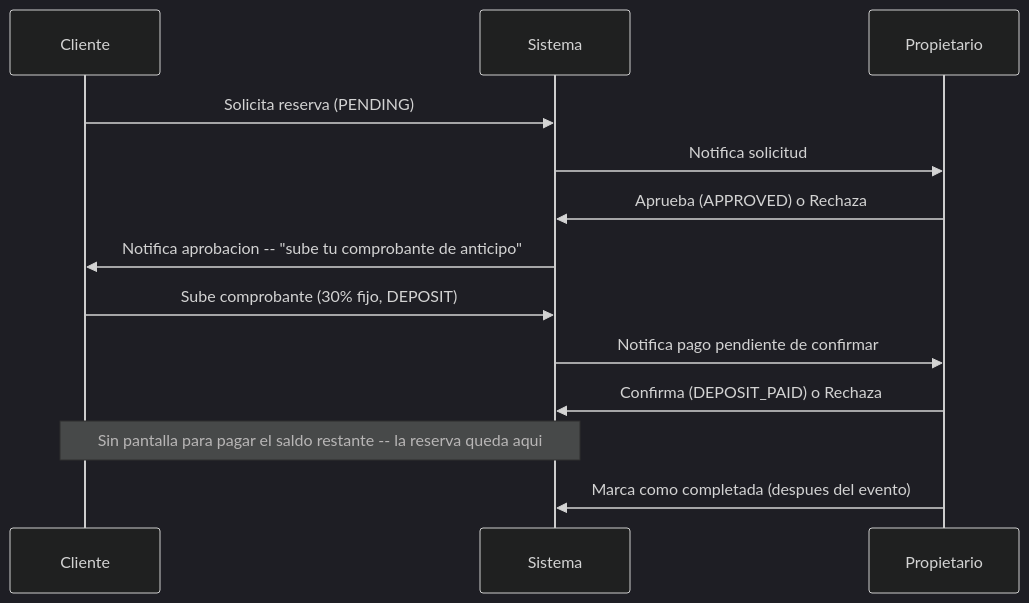
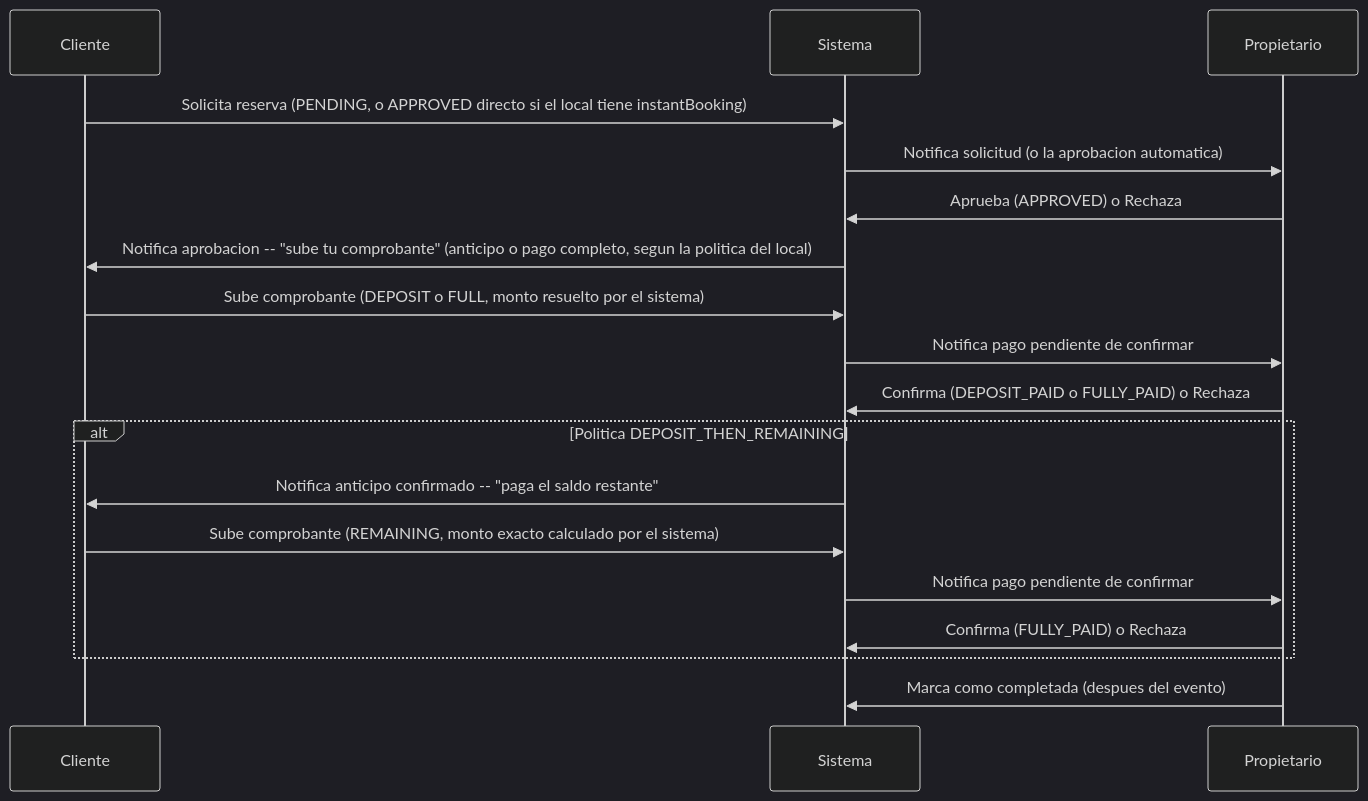
The first of 3 diagrams in docs/booking/pricing-and-payments.md (Jhoshoa/salon-facil), drawn with Mermaid (dark theme) before and after one commit. The commit also changed other lines of this file, not shown here.

````diff
--- a/docs/booking/pricing-and-payments.md
+++ b/docs/booking/pricing-and-payments.md
@@ -91,16 +105,21 @@
 ```mermaid
 sequenceDiagram
     participant C as Cliente
     participant S as Sistema
     participant O as Propietario
 
-    C->>S: Solicita reserva (PENDING)
-    S->>O: Notifica solicitud
+    C->>S: Solicita reserva (PENDING, o APPROVED directo si el local tiene instantBooking)
+    S->>O: Notifica solicitud (o la aprobacion automatica)
     O->>S: Aprueba (APPROVED) o Rechaza
-    S->>C: Notifica aprobacion -- "sube tu comprobante de anticipo"
-    C->>S: Sube comprobante (30% fijo, DEPOSIT)
+    S->>C: Notifica aprobacion -- "sube tu comprobante" (anticipo o pago completo, segun la politica del local)
+    C->>S: Sube comprobante (DEPOSIT o FULL, monto resuelto por el sistema)
     S->>O: Notifica pago pendiente de confirmar
-    O->>S: Confirma (DEPOSIT_PAID) o Rechaza
-    Note over C,S: Sin pantalla para pagar el saldo restante -- la reserva queda aqui
+    O->>S: Confirma (DEPOSIT_PAID o FULLY_PAID) o Rechaza
+    alt Politica DEPOSIT_THEN_REMAINING
+        S->>C: Notifica anticipo confirmado -- "paga el saldo restante"
+        C->>S: Sube comprobante (REMAINING, monto exacto calculado por el sistema)
+        S->>O: Notifica pago pendiente de confirmar
+        O->>S: Confirma (FULLY_PAID) o Rechaza
+    end
     O->>S: Marca como completada (despues del evento)
 ```
````
